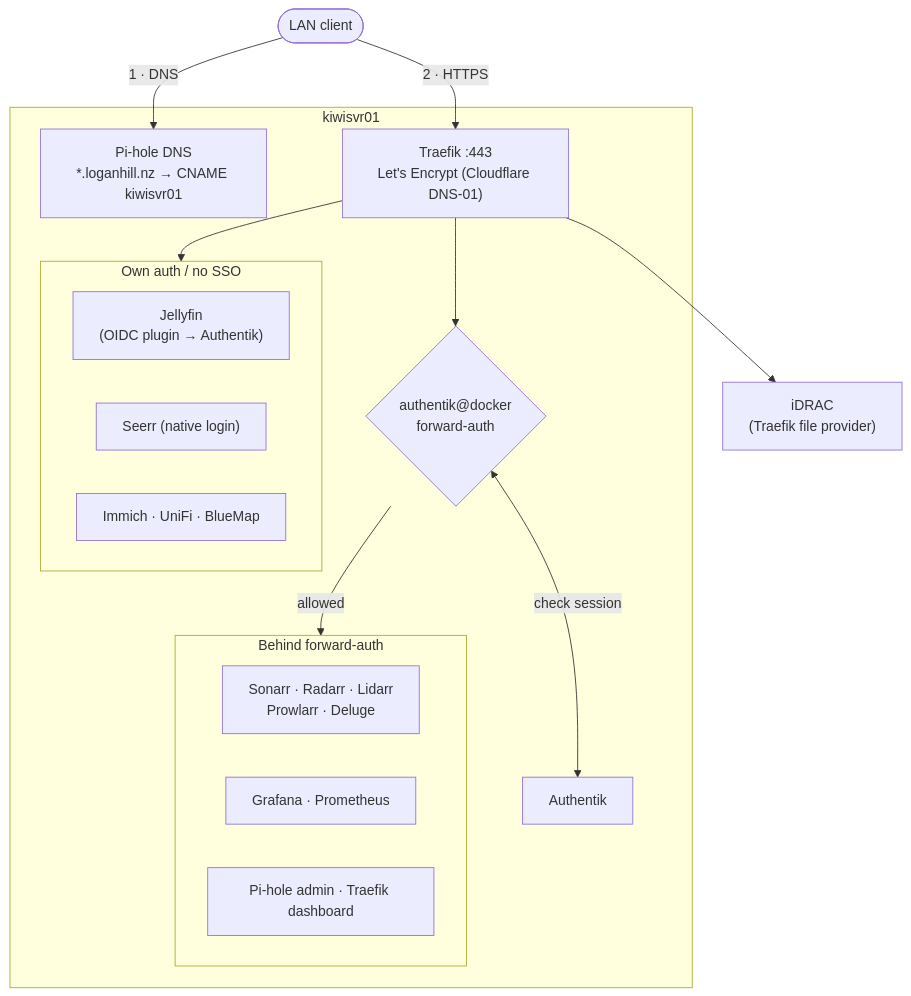
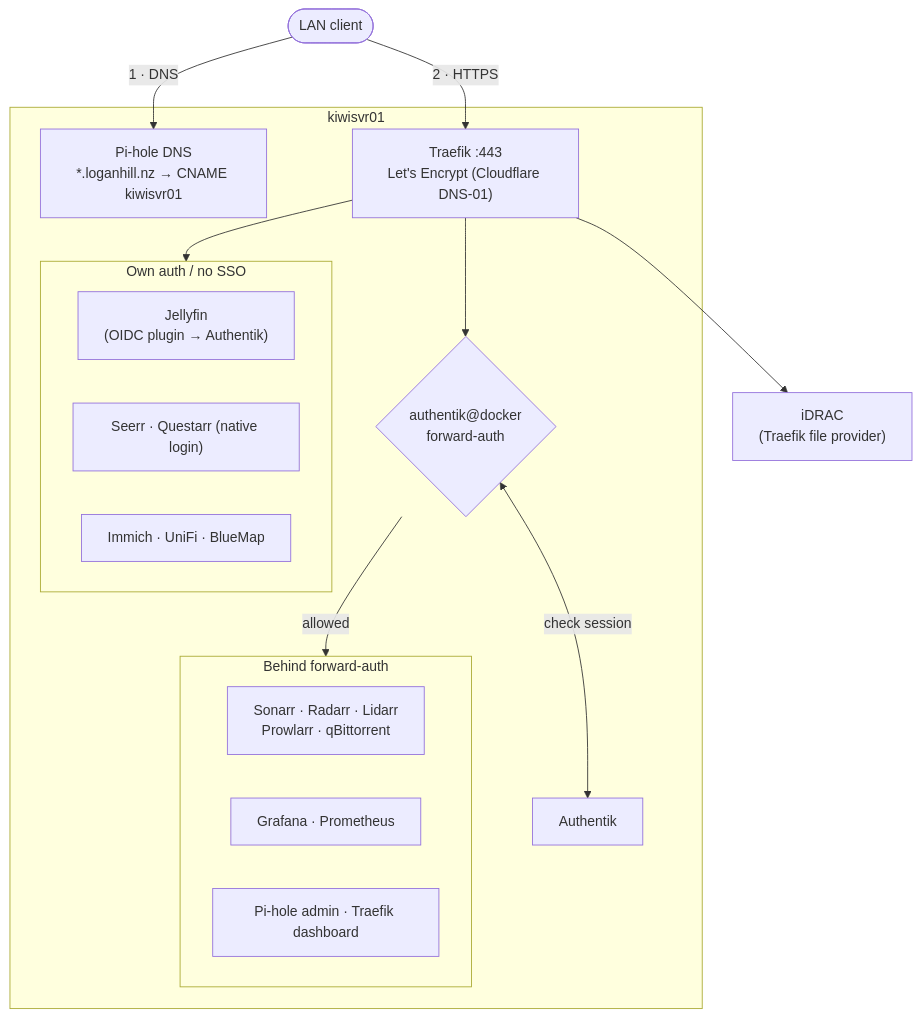
The second of 4 diagrams in README.md (LoganHill/docker-home), drawn with Mermaid before and after one commit. The commit also changed other lines of this file and 13 other files, not shown here.

First line of the commit message:
Monitoring fixes, full /srv backups, qBittorrent + Questarr (#2)

````diff
--- a/README.md
+++ b/README.md
@@ -109,33 +122,33 @@
 ```mermaid
 flowchart TB
     client(["LAN client"])
 
     subgraph host["kiwisvr01"]
         pihole["Pi-hole DNS<br/>*.loganhill.nz → CNAME kiwisvr01"]
         traefik["Traefik :443<br/>Let's Encrypt (Cloudflare DNS-01)"]
         fa{"authentik@docker<br/>forward-auth"}
         ak["Authentik"]
 
         subgraph gated["Behind forward-auth"]
-            arr["Sonarr · Radarr · Lidarr<br/>Prowlarr · Deluge"]
+            arr["Sonarr · Radarr · Lidarr<br/>Prowlarr · qBittorrent"]
             mon["Grafana · Prometheus"]
             admin["Pi-hole admin · Traefik dashboard"]
         end
 
         subgraph own["Own auth / no SSO"]
             jf["Jellyfin<br/>(OIDC plugin → Authentik)"]
-            seerr["Seerr (native login)"]
+            seerr["Seerr · Questarr (native login)"]
             misc["Immich · UniFi · BlueMap"]
         end
     end
 
     idrac["iDRAC<br/>(Traefik file provider)"]
 
     client -->|"1 · DNS"| pihole
     client -->|"2 · HTTPS"| traefik
     traefik --> fa
     fa <-->|"check session"| ak
     fa -->|"allowed"| gated
     traefik --> own
     traefik --> idrac
 ```
````
